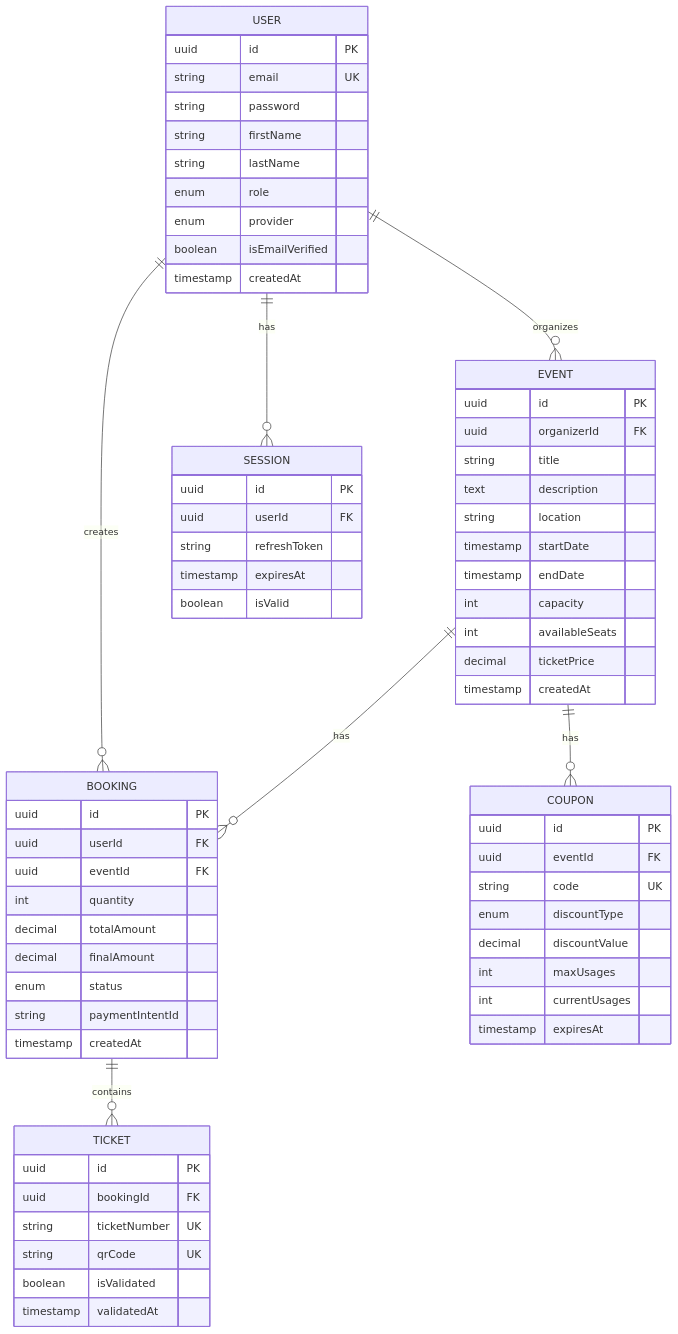
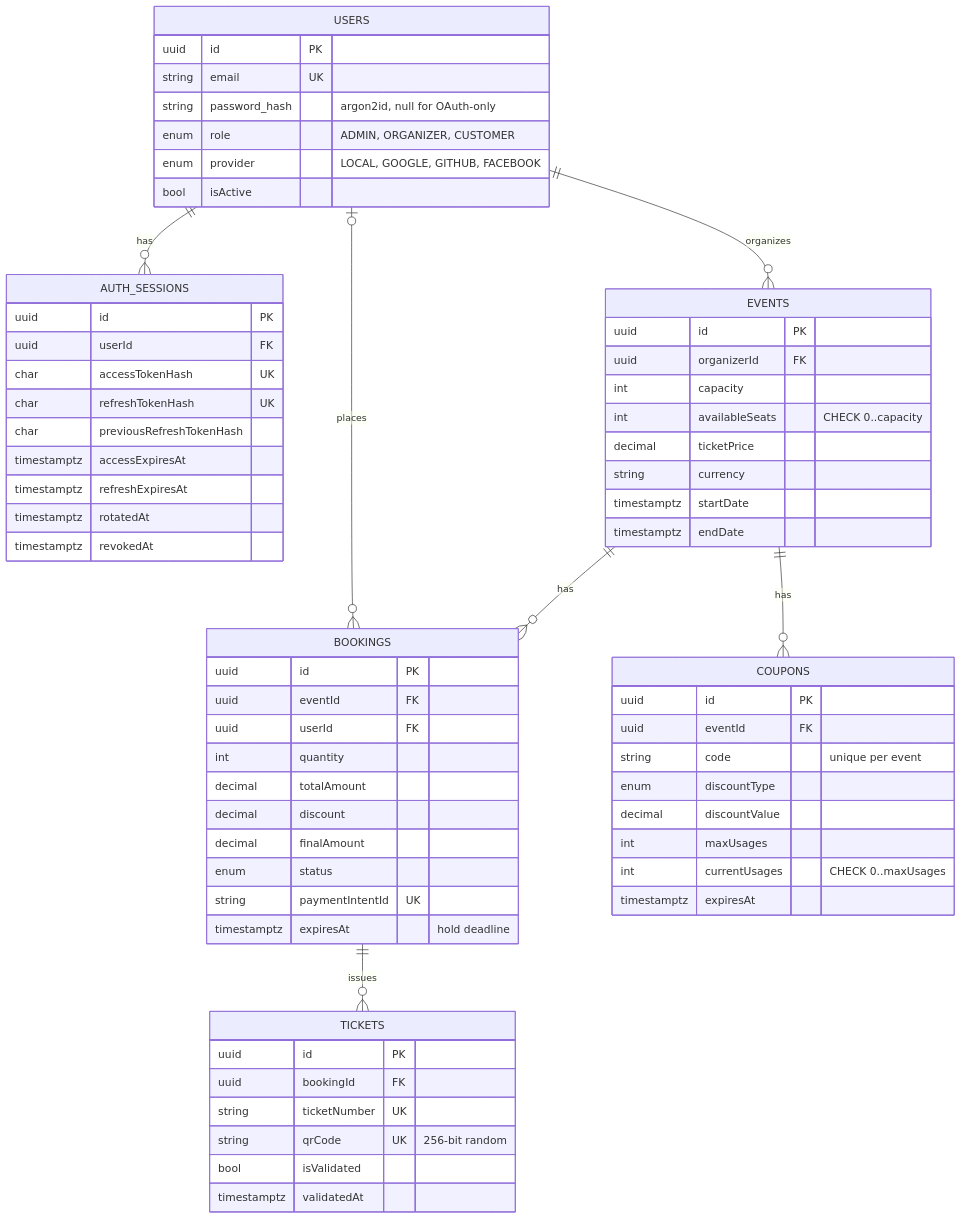
Before and after one commit to TrongtrongJ/eventeer: the second of 4 diagrams in architecture_doc.md, drawn with Mermaid. The commit also changed other lines of this file and 2 other files, not shown here.

````diff
--- a/architecture_doc.md
+++ b/architecture_doc.md
@@ -185,77 +162,69 @@
 ```mermaid
 erDiagram
-    USER ||--o{ EVENT : "organizes"
-    USER ||--o{ BOOKING : "creates"
-    USER ||--o{ SESSION : "has"
+    USERS ||--o{ AUTH_SESSIONS : "has"
+    USERS ||--o{ EVENTS : "organizes"
+    USERS |o--o{ BOOKINGS : "places"
+    EVENTS ||--o{ BOOKINGS : "has"
+    EVENTS ||--o{ COUPONS : "has"
+    BOOKINGS ||--o{ TICKETS : "issues"
 
-    EVENT ||--o{ BOOKING : "has"
-    EVENT ||--o{ COUPON : "has"
-
-    BOOKING ||--o{ TICKET : "contains"
-
-    USER {
+    USERS {
         uuid id PK
         string email UK
-        string password
-        string firstName
-        string lastName
-        enum role
-        enum provider
-        boolean isEmailVerified
-        timestamp createdAt
+        string password_hash "argon2id, null for OAuth-only"
+        enum role "ADMIN, ORGANIZER, CUSTOMER"
+        enum provider "LOCAL, GOOGLE, GITHUB, FACEBOOK"
+        bool isActive
     }
-
-    EVENT {
+    AUTH_SESSIONS {
+        uuid id PK
+        uuid userId FK
+        char accessTokenHash UK
+        char refreshTokenHash UK
+        char previousRefreshTokenHash
+        timestamptz accessExpiresAt
+        timestamptz refreshExpiresAt
+        timestamptz rotatedAt
+        timestamptz revokedAt
+    }
+    EVENTS {
         uuid id PK
         uuid organizerId FK
-        string title
-        text description
-        string location
-        timestamp startDate
-        timestamp endDate
         int capacity
-        int availableSeats
+        int availableSeats "CHECK 0..capacity"
         decimal ticketPrice
-        timestamp createdAt
+        string currency
+        timestamptz startDate
+        timestamptz endDate
     }
-
-    BOOKING {
+    BOOKINGS {
         uuid id PK
+        uuid eventId FK
         uuid userId FK
-        uuid eventId FK
         int quantity
         decimal totalAmount
+        decimal discount
         decimal finalAmount
         enum status
-        string paymentIntentId
-        timestamp createdAt
+        string paymentIntentId UK
+        timestamptz expiresAt "hold deadline"
     }
-
-    TICKET {
+    TICKETS {
         uuid id PK
         uuid bookingId FK
         string ticketNumber UK
-        string qrCode UK
-        boolean isValidated
-        timestamp validatedAt
+        string qrCode UK "256-bit random"
+        bool isValidated
+        timestamptz validatedAt
     }
-
-    COUPON {
+    COUPONS {
         uuid id PK
         uuid eventId FK
-        string code UK
+        string code "unique per event"
         enum discountType
         decimal discountValue
         int maxUsages
-        int currentUsages
-        timestamp expiresAt
-    }
-
-    SESSION {
-        uuid id PK
-        uuid userId FK
-        string refreshToken
-        timestamp expiresAt
-        boolean isValid
+        int currentUsages "CHECK 0..maxUsages"
+        timestamptz expiresAt
     }
 ```
````
